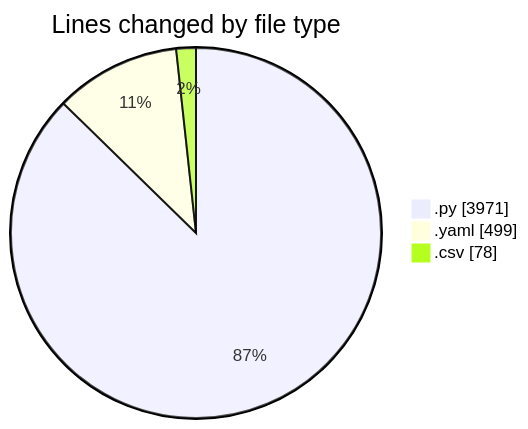
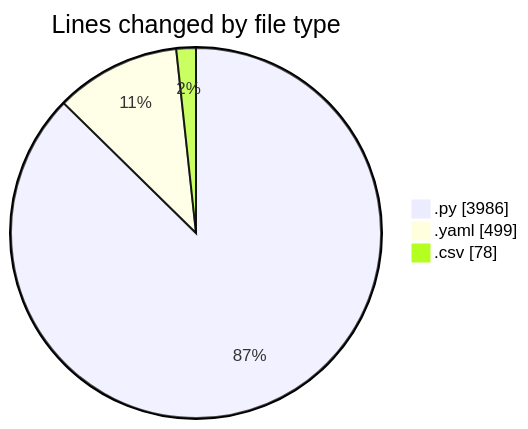
The first of 2 diagrams in 2025-03-01/myws__workspace_/README.md (MatusMokan/code-tracking), drawn with Mermaid before and after one commit. The commit also changed other lines of this file and 1 other file, not shown here.

````diff
--- a/2025-03-01/myws__workspace_/README.md
+++ b/2025-03-01/myws__workspace_/README.md
@@ -31,7 +31,7 @@
 ```mermaid
 pie showData
 title Lines changed by file type
-".py" : 3971
+".py" : 3986
 ".yaml" : 499
 ".csv" : 78
 ```
````
